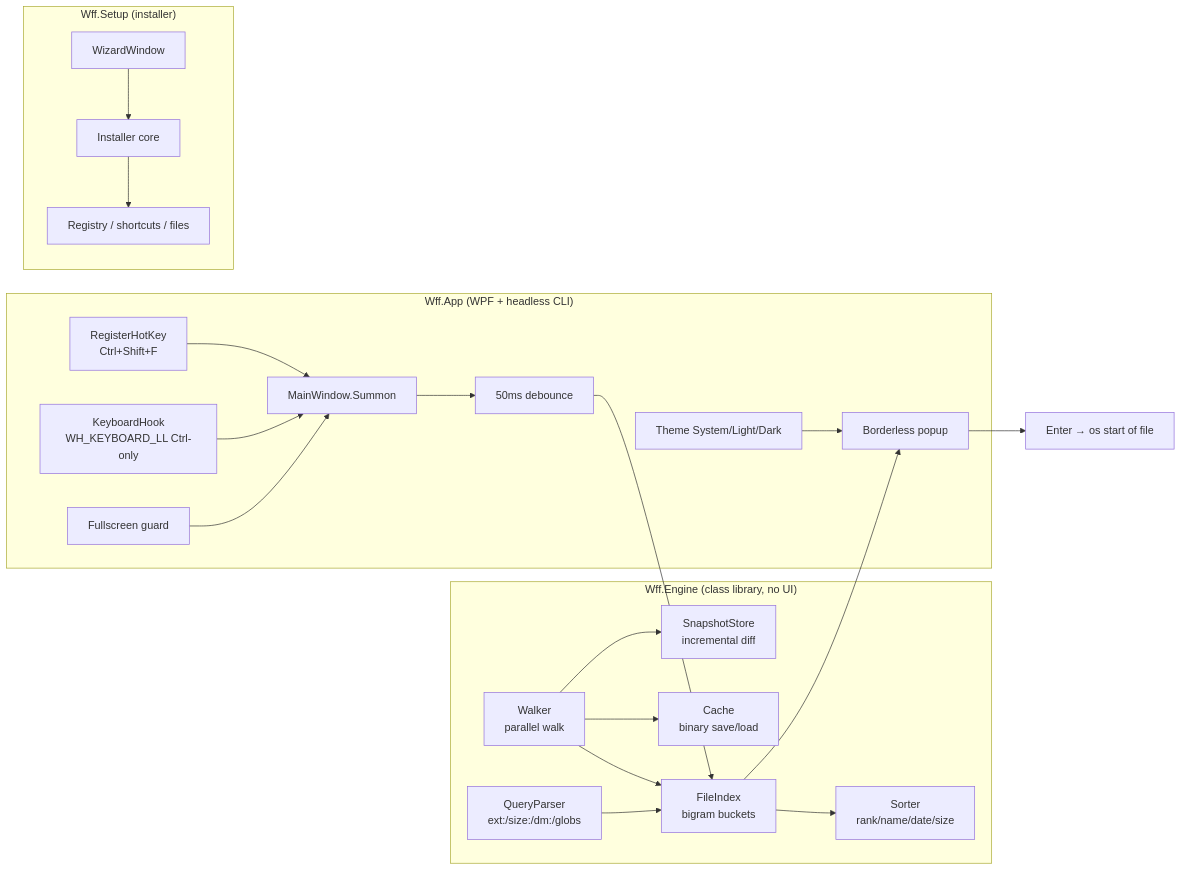
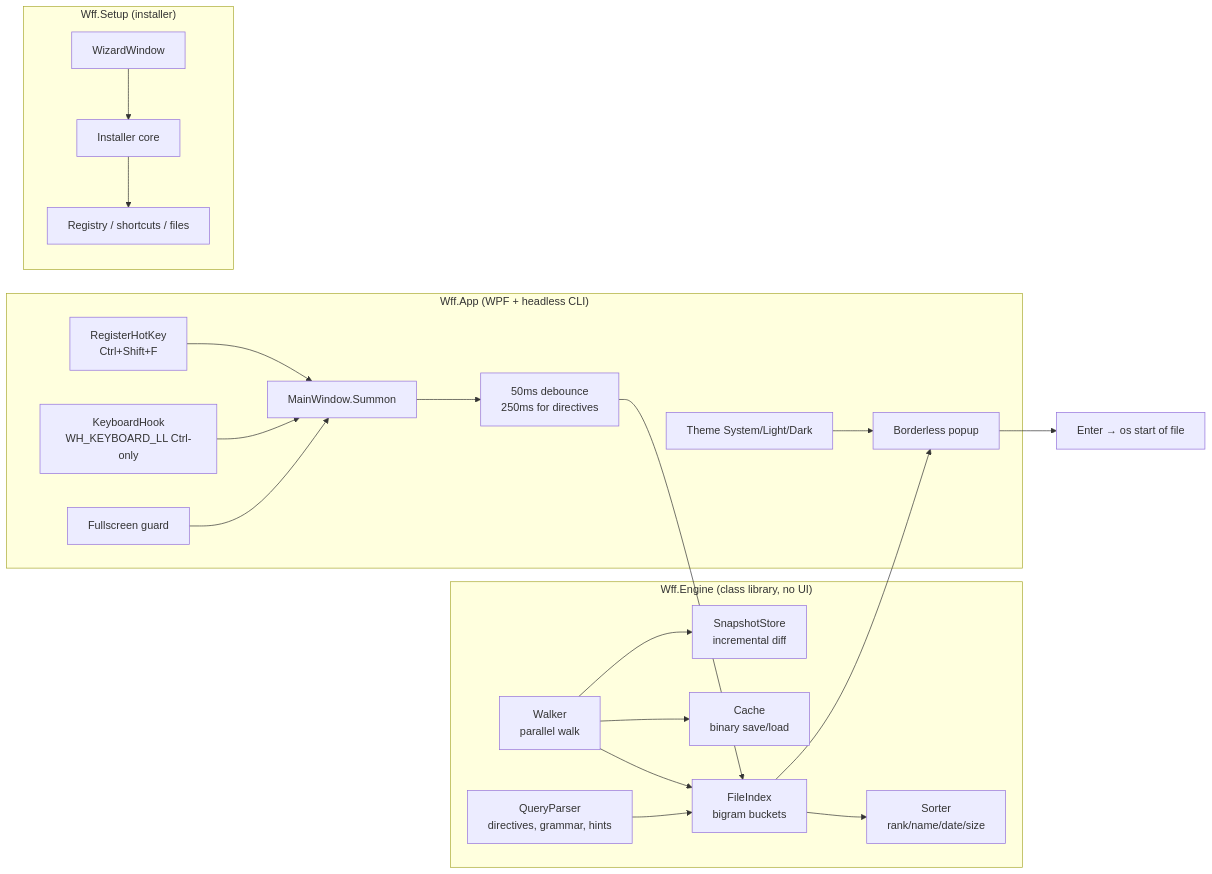
The diagram in docs/ARCHITECTURE.md (maxico714/win-fast-finder), drawn with Mermaid before and after one commit. The commit also changed other lines of this file and 7 other files, not shown here.

````diff
--- a/docs/ARCHITECTURE.md
+++ b/docs/ARCHITECTURE.md
@@ -14,23 +14,23 @@
 ```mermaid
 flowchart LR
   subgraph Wff.Engine["Wff.Engine (class library, no UI)"]
     W[Walker<br/>parallel walk] --> S[SnapshotStore<br/>incremental diff]
     W --> C[Cache<br/>binary save/load]
     W --> F[FileIndex<br/>bigram buckets]
-    Q[QueryParser<br/>ext:/size:/dm:/globs] --> F
+    Q[QueryParser<br/>directives, grammar, hints] --> F
     F --> R[Sorter<br/>rank/name/date/size]
   end
   subgraph Wff.App["Wff.App (WPF + headless CLI)"]
     HK[RegisterHotKey<br/>Ctrl+Shift+F] --> SUM[MainWindow.Summon]
     LL[KeyboardHook<br/>WH_KEYBOARD_LL Ctrl-only] --> SUM
-    SUM --> DB[50ms debounce] --> F
+    SUM --> DB[50ms debounce<br/>250ms for directives] --> F
     FS[Fullscreen guard] --> SUM
     TH[Theme System/Light/Dark] --> UI[Borderless popup]
   end
   subgraph Wff.Setup["Wff.Setup (installer)"]
     Z[WizardWindow] --> I[Installer core]
     I --> R2[Registry / shortcuts / files]
   end
   F --> UI
   UI --> OP[Enter → os start of file]
 ```
````
